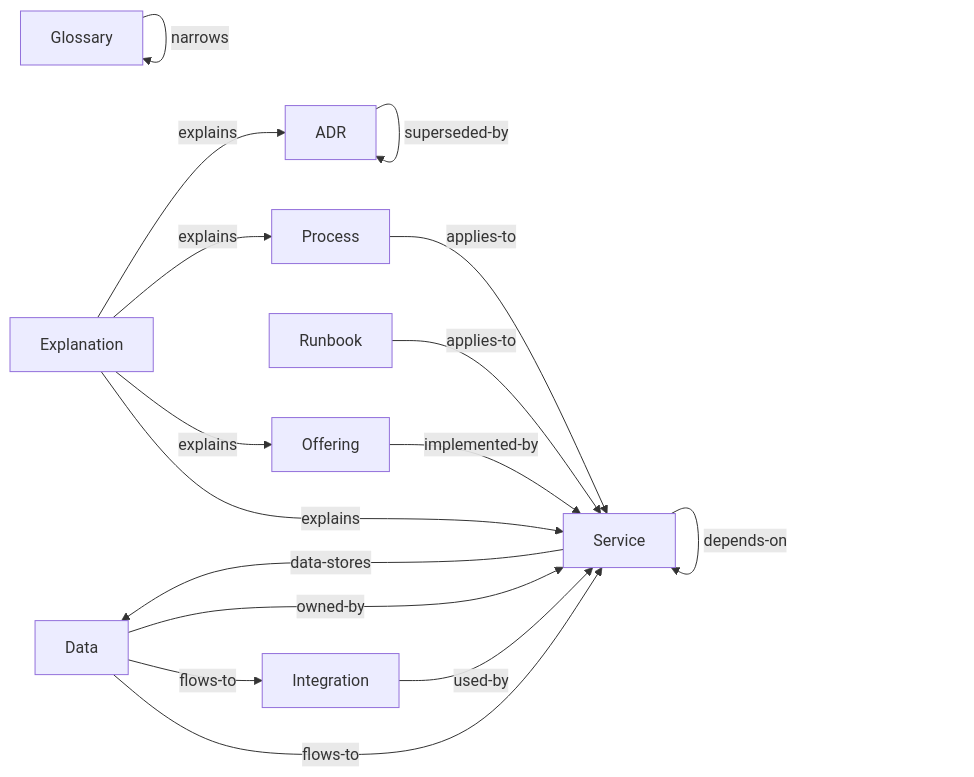
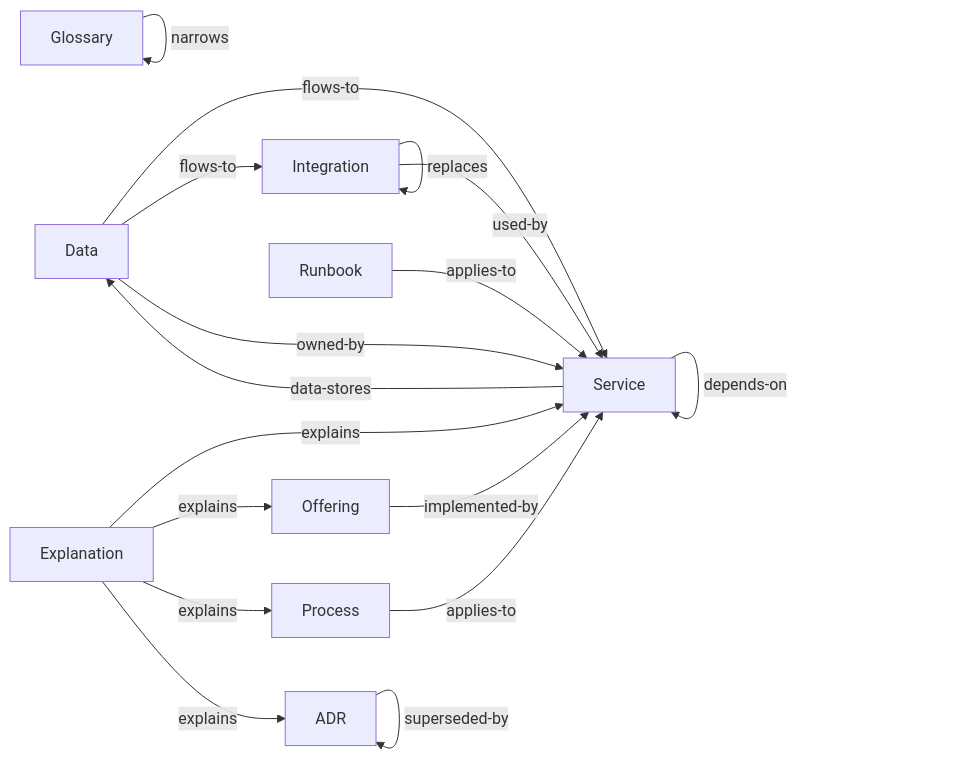
The diagram in examples/library/knowledge-as-code/taxonomy.md (paul80nd/knowledge-as-code), drawn with Mermaid before and after one commit. The commit also changed other lines of this file and 21 other files, not shown here.

````diff
--- a/examples/library/knowledge-as-code/taxonomy.md
+++ b/examples/library/knowledge-as-code/taxonomy.md
@@ -101,28 +101,29 @@
 ```mermaid
 graph LR;
   t_adrs[ADR];
   t_data[Data];
   t_explanations[Explanation];
   t_glossary[Glossary];
   t_integrations[Integration];
   t_offerings[Offering];
   t_processes[Process];
   t_runbooks[Runbook];
   t_services[Service];
   t_adrs -- related --> t_adrs;
   t_adrs -- superseded-by --> t_adrs;
   t_data -- flows-to --> t_services;
   t_data -- flows-to --> t_integrations;
   t_data -- owned-by --> t_services;
   t_explanations -- explains --> t_services;
   t_explanations -- explains --> t_offerings;
   t_explanations -- explains --> t_processes;
   t_explanations -- explains --> t_adrs;
   t_glossary -- narrows --> t_glossary;
+  t_integrations -- replaces --> t_integrations;
   t_integrations -- used-by --> t_services;
   t_offerings -- implemented-by --> t_services;
   t_processes -- applies-to --> t_services;
   t_runbooks -- applies-to --> t_services;
   t_services -- data-stores --> t_data;
   t_services -- depends-on --> t_services;
 ```
````
